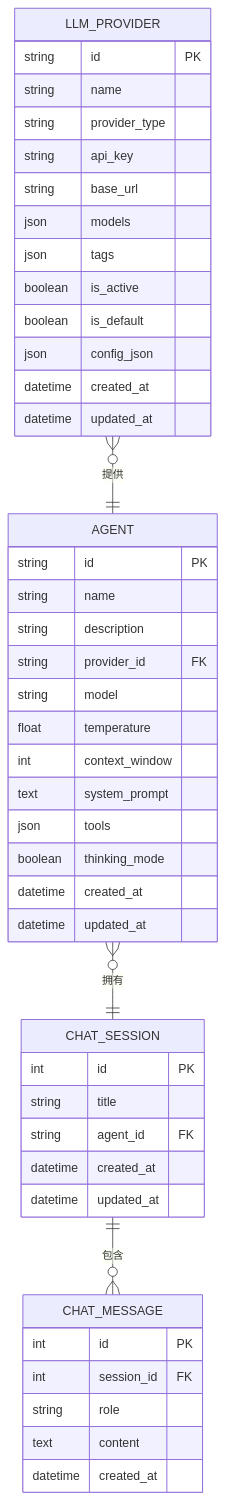
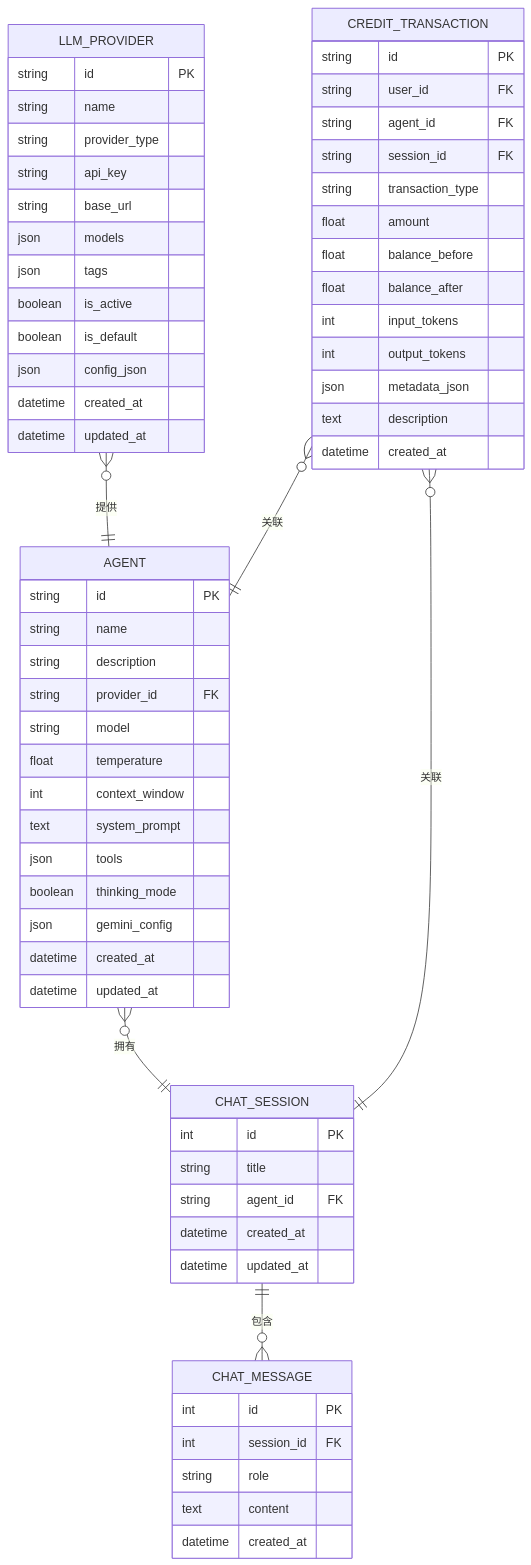
The fifth of 8 diagrams in .qoder/repowiki/zh/content/后端开发指南/API路由系统/聊天交互API.md (KunLabAI/KunFlix), drawn with Mermaid before and after one commit. The commit also changed other lines of this file and 25 other files, not shown here.

````diff
--- a/.qoder/repowiki/zh/content/后端开发指南/API路由系统/聊天交互API.md
+++ b/.qoder/repowiki/zh/content/后端开发指南/API路由系统/聊天交互API.md
@@ -161,48 +235,66 @@
 ```mermaid
 erDiagram
 CHAT_SESSION {
 int id PK
 string title
 string agent_id FK
 datetime created_at
 datetime updated_at
 }
 CHAT_MESSAGE {
 int id PK
 int session_id FK
 string role
 text content
 datetime created_at
 }
 AGENT {
 string id PK
 string name
 string description
 string provider_id FK
 string model
 float temperature
 int context_window
 text system_prompt
 json tools
 boolean thinking_mode
+json gemini_config
 datetime created_at
 datetime updated_at
 }
 LLM_PROVIDER {
 string id PK
 string name
 string provider_type
 string api_key
 string base_url
 json models
 json tags
 boolean is_active
 boolean is_default
 json config_json
 datetime created_at
 datetime updated_at
 }
+CREDIT_TRANSACTION {
+string id PK
+string user_id FK
+string agent_id FK
+string session_id FK
+string transaction_type
+float amount
+float balance_before
+float balance_after
+int input_tokens
+int output_tokens
+json metadata_json
+text description
+datetime created_at
+}
 CHAT_SESSION ||--o{ CHAT_MESSAGE : "包含"
 AGENT }o--|| CHAT_SESSION : "拥有"
 LLM_PROVIDER }o--|| AGENT : "提供"
+CREDIT_TRANSACTION }o--|| AGENT : "关联"
+CREDIT_TRANSACTION }o--|| CHAT_SESSION : "关联"
 ```
````
